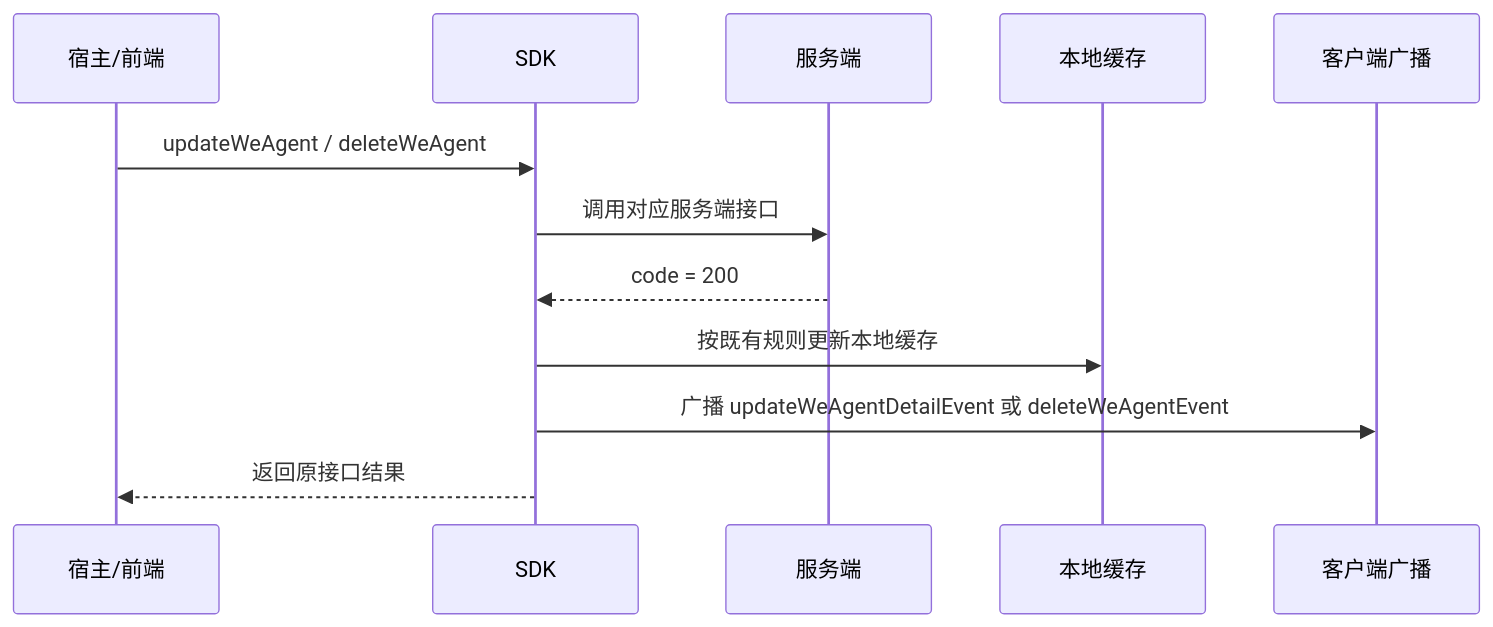
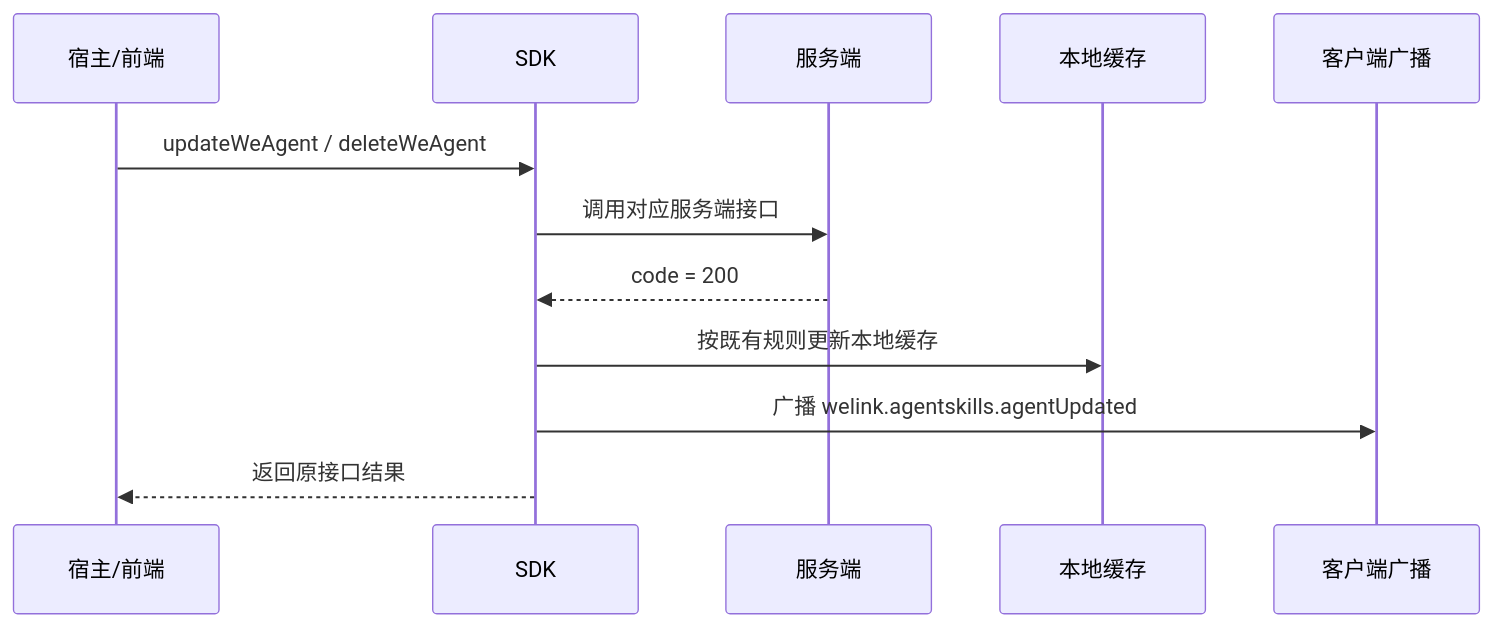
The sixth of 9 diagrams in 2026-05-08-we-agent-detail-sync-plan.md (Abelsjcheng/skillSDK), drawn with Mermaid before and after one commit. The commit also changed other lines of this file, not shown here.

````diff
--- a/2026-05-08-we-agent-detail-sync-plan.md
+++ b/2026-05-08-we-agent-detail-sync-plan.md
@@ -166,15 +166,15 @@
 ```mermaid
 sequenceDiagram
     participant Host as 宿主/前端
     participant SDK as SDK
     participant Server as 服务端
     participant Cache as 本地缓存
     participant Broadcast as 客户端广播
 
     Host->>SDK: updateWeAgent / deleteWeAgent
     SDK->>Server: 调用对应服务端接口
     Server-->>SDK: code = 200
     SDK->>Cache: 按既有规则更新本地缓存
-    SDK->>Broadcast: 广播 updateWeAgentDetailEvent 或 deleteWeAgentEvent
+    SDK->>Broadcast: 广播 welink.agentskills.agentUpdated
     SDK-->>Host: 返回原接口结果
 ```
````
